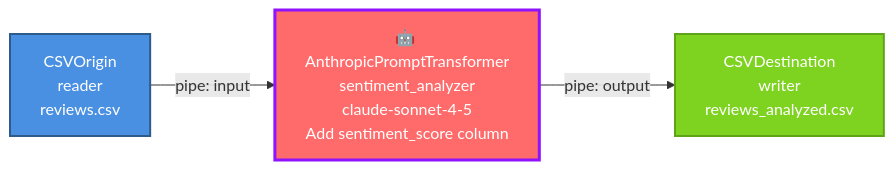
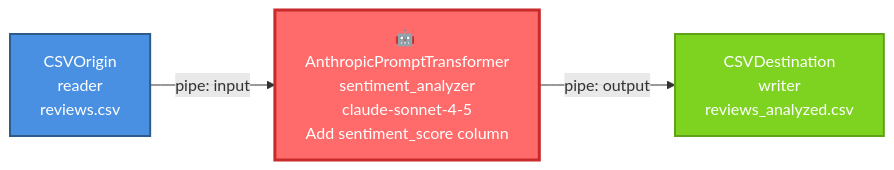
Before and after one commit to bernardo-colorado-dubois/open-stage: the third of 4 diagrams in README.md, drawn with Mermaid.

Commit message:
agregando diagramas en ejemplos de markdown

````diff
--- a/README.md
+++ b/README.md
@@ -274,13 +274,13 @@
 ```mermaid
 graph LR
     A[CSVOrigin<br/>reader<br/>reviews.csv] -->|pipe: input| B[🤖 AnthropicPromptTransformer<br/>sentiment_analyzer<br/>claude-sonnet-4-5<br/>Add sentiment_score column]
     B -->|pipe: output| C[CSVDestination<br/>writer<br/>reviews_analyzed.csv]
     
     style A fill:#4A90E2,stroke:#2E5C8A,stroke-width:2px,color:#fff
-    style B fill:#FF6B6B,stroke:#9012FE,stroke-width:3px,color:#fff
+    style B fill:#FF6B6B,stroke:#C92A2A,stroke-width:3px,color:#fff
     style C fill:#7ED321,stroke:#5FA319,stroke-width:2px,color:#fff
     
     classDef origin fill:#4A90E2,stroke:#2E5C8A,stroke-width:2px,color:#fff
-    classDef ai fill:#FF6B6B,stroke:#9012FE,stroke-width:3px,color:#fff
+    classDef ai fill:#FF6B6B,stroke:#C92A2A,stroke-width:3px,color:#fff
     classDef destination fill:#7ED321,stroke:#5FA319,stroke-width:2px,color:#fff
 ```
````
